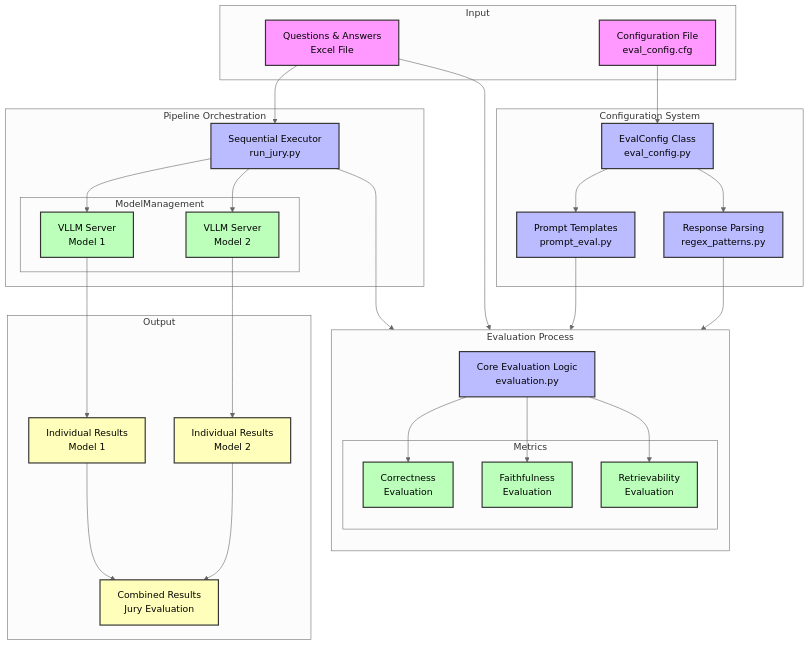
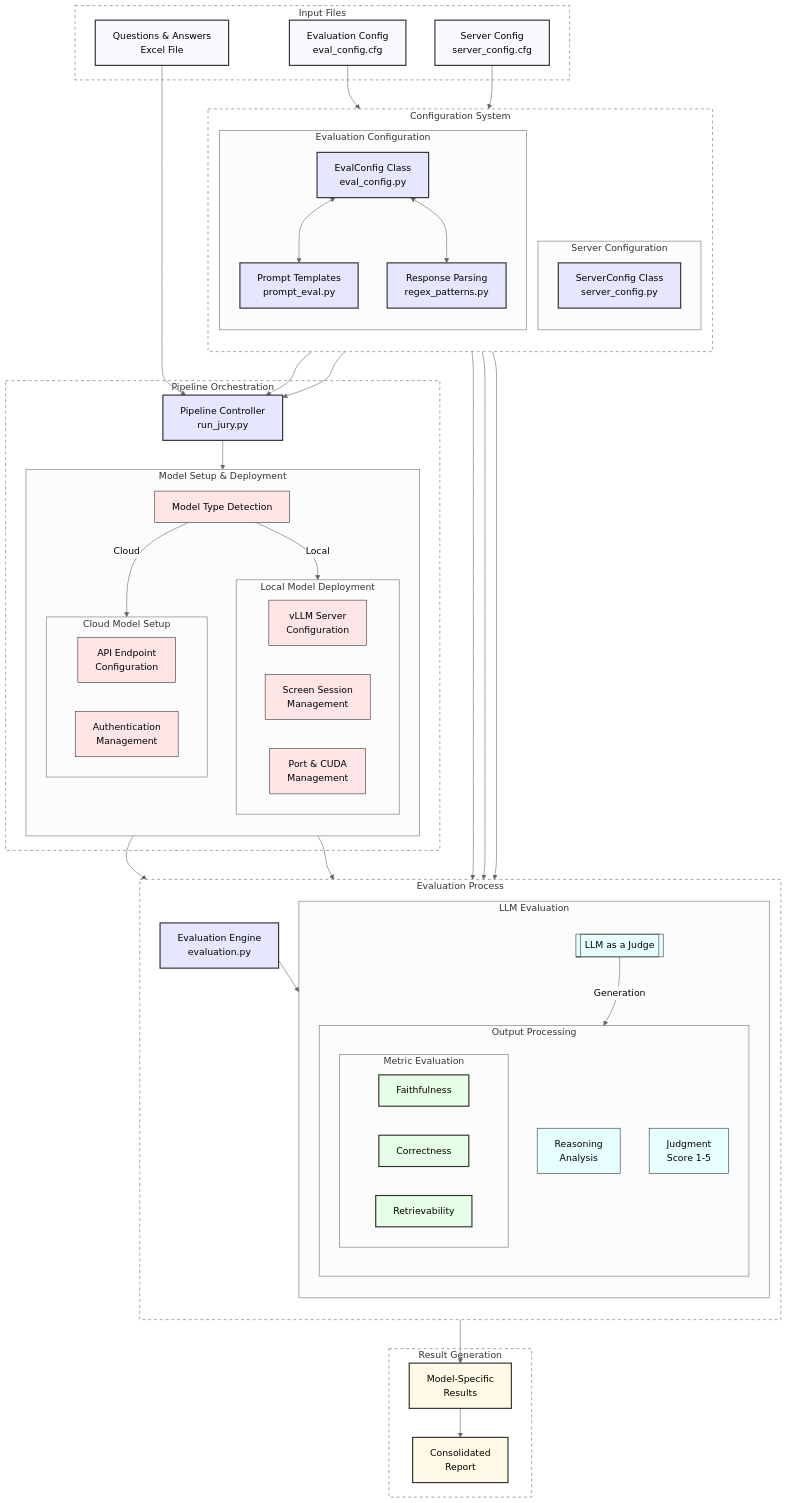
Before and after one commit to rte-france/wattelse: the diagram in wattelse/evaluation_pipeline/README.md, drawn with Mermaid (neutral theme). The commit also changed other lines of this file and 15 other files, not shown here.

````diff
--- a/wattelse/evaluation_pipeline/README.md
+++ b/wattelse/evaluation_pipeline/README.md
@@ -8,73 +8,111 @@
 ```mermaid
 flowchart TB
-    subgraph Input
+    %% Input Files
+    subgraph Input["Input Files"]
         QA[Questions & Answers<br/>Excel File]
-        CF[Configuration File<br/>eval_config.cfg]
+        CF[Evaluation Config<br/>eval_config.cfg]
+        SF[Server Config<br/>server_config.cfg]
     end
 
+    %% Configuration System with clearer separation
     subgraph ConfigSystem["Configuration System"]
-        EC[EvalConfig Class<br/>eval_config.py]
-        RP[Response Parsing<br/>regex_patterns.py]
-        PE[Prompt Templates<br/>prompt_eval.py]
-    end
+        direction TB
+                
+        subgraph ServerConfig["Server Configuration"]
+            SC[ServerConfig Class<br/>server_config.py]
+        end
 
-    subgraph Evaluation["Evaluation Process"]
-        direction TB
-        EV[Core Evaluation Logic<br/>evaluation.py]
-        subgraph Metrics
-            CO[Correctness<br/>Evaluation]
-            FA[Faithfulness<br/>Evaluation]
-            RE[Retrievability<br/>Evaluation]
+        subgraph EvalConfig["Evaluation Configuration"]
+            EC[EvalConfig Class<br/>eval_config.py]
+            RP[Response Parsing<br/>regex_patterns.py]
+            PE[Prompt Templates<br/>prompt_eval.py]
         end
     end
 
+    %% Orchestration with improved model setup
     subgraph Orchestration["Pipeline Orchestration"]
-        RS[Sequential Executor<br/>run_jury.py]
-        subgraph ModelManagement
-            VM1[VLLM Server<br/>Model 1]
-            VM2[VLLM Server<br/>Model 2]
+        RS[Pipeline Controller<br/>run_jury.py]
+        
+        subgraph ModelSetup["Model Setup & Deployment"]
+            direction TB
+            MS[Model Type Detection]
+            
+            subgraph LocalModels["Local Model Deployment"]
+                VM[vLLM Server<br/>Configuration]
+                SS[Screen Session<br/>Management]
+                PC[Port & CUDA<br/>Management]
+            end
+            
+            subgraph CloudModels["Cloud Model Setup"]
+                API[API Endpoint<br/>Configuration]
+                AUTH[Authentication<br/>Management]
+            end
         end
     end
 
-    subgraph Output
-        IR1[Individual Results<br/>Model 1]
-        IR2[Individual Results<br/>Model 2]
-        CR[Combined Results<br/>Jury Evaluation]
+    %% Evaluation Process with metrics
+    subgraph Evaluation["Evaluation Process"]
+        direction TB
+        EV[Evaluation Engine<br/>evaluation.py]
+        
+        subgraph LLMEval["LLM Evaluation"]
+            LG[["LLM as a Judge<br/>"]]
+            
+            subgraph LLMOutput["Output Processing"]
+                direction TB
+                RE1[Reasoning<br/>Analysis]
+                JU1[Judgment<br/>Score 1-5]
+                subgraph Metrics["Metric Evaluation"]
+                    FA[Faithfulness]
+                    CO[Correctness]
+                    RE[Retrievability]
+                end
+            end
+        end
     end
 
-    %% Configuration Flow
+    %% Output generation
+    subgraph Output["Result Generation"]
+        IR[Model-Specific<br/>Results]
+        FR[Consolidated<br/>Report]
+    end
+
+    %% Main flow connections - reorganized for clarity
     CF --> EC
-    EC --> PE
-    EC --> RP
+    SF --> SC
+    EC <--> PE & RP
+    QA --> RS
+    SC --> RS
+    EC --> RS
 
-    %% Input Flow
-    QA --> RS
-    QA --> EV
+    RS --> MS
+    MS --> |Local|LocalModels
+    MS --> |Cloud|CloudModels
+    LocalModels --> EV
+    CloudModels --> EV
+    EV --> LLMEval
+    LG --> |Generation| LLMOutput
+    Metrics --> IR
+    IR --> FR
+    PE --> LG
+    RP --> RE1
+    RP --> JU1
 
-    %% Evaluation Flow
-    EV --> CO & FA & RE
-    PE --> EV
-    RP --> EV
-
-    %% Orchestration Flow
-    RS --> VM1 & VM2
-    RS --> EV
-
-    %% Model Management
-    VM1 --> IR1
-    VM2 --> IR2
-    
-    %% Results Flow
-    IR1 & IR2 --> CR
 
     %% Styling
-    classDef configFile fill:#f9f,stroke:#333,stroke-width:2px
-    classDef codeFile fill:#bbf,stroke:#333,stroke-width:2px
-    classDef process fill:#bfb,stroke:#333,stroke-width:2px
-    classDef output fill:#ffb,stroke:#333,stroke-width:2px
+    classDef configFile fill:#f9f9ff,stroke:#333,stroke-width:2px
+    classDef codeFile fill:#e6e6ff,stroke:#333,stroke-width:2px
+    classDef process fill:#e6ffe6,stroke:#333,stroke-width:2px
+    classDef output fill:#fff9e6,stroke:#333,stroke-width:2px
+    classDef setup fill:#ffe6e6,stroke:#333,stroke-width:1px
+    classDef llm fill:#e6ffff,stroke:#333,stroke-width:1px
+    classDef container fill:#ffffff,stroke:#666,stroke-width:1px,stroke-dasharray: 5 5
 
-    class QA,CF configFile
-    class EC,RP,PE,EV,RS codeFile
-    class CO,FA,RE,VM1,VM2 process
-    class IR1,IR2,CR output
+    class QA,CF,SF configFile
+    class EC,RP,PE,EV,RS,SC codeFile
+    class FA,CO,RE,PP,RP1,RP2,RP3 process
+    class IR,FR output
+    class MS,VM,SS,PC,API,AUTH setup
+    class LG,RE1,JU1 llm
+    class ConfigSystem,Orchestration,Evaluation,Output,Input container
 ```
````
